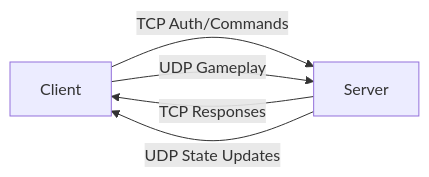
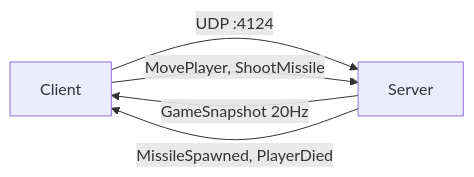
One commit to ChrisG-L/rtype changed the first of 3 diagrams in docs/client/network/index.md. Above: the diagram before and after it, drawn with Mermaid. The commit also changed other lines of this file and 7 other files, not shown here.

````diff
--- a/docs/client/network/index.md
+++ b/docs/client/network/index.md
@@ -7,7 +7,7 @@
 ```mermaid
 graph LR
-    A[Client] -->|TCP Auth/Commands| B[Server]
-    A -->|UDP Gameplay| B
-    B -->|TCP Responses| A
-    B -->|UDP State Updates| A
+    A[Client] -->|UDP :4124| B[Server]
+    A -->|MovePlayer, ShootMissile| B
+    B -->|GameSnapshot 20Hz| A
+    B -->|MissileSpawned, PlayerDied| A
 ```
````
